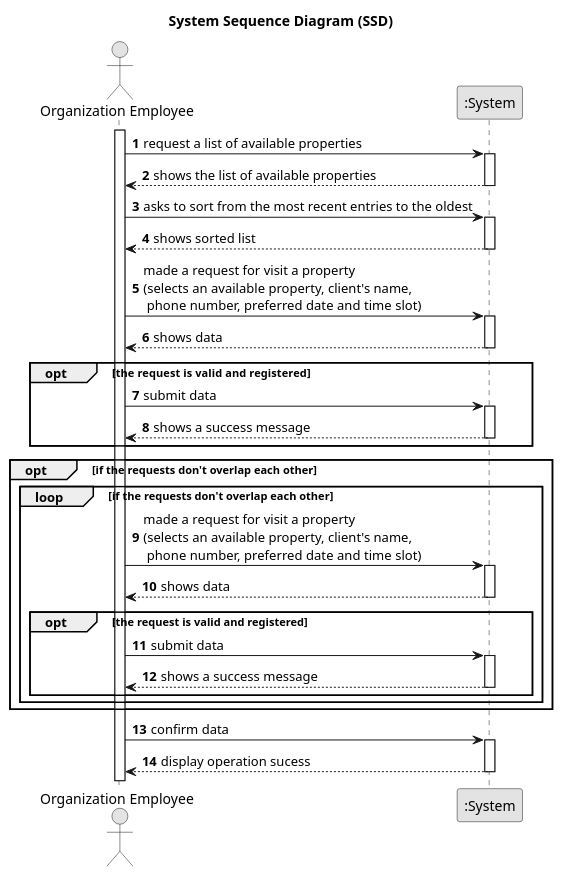
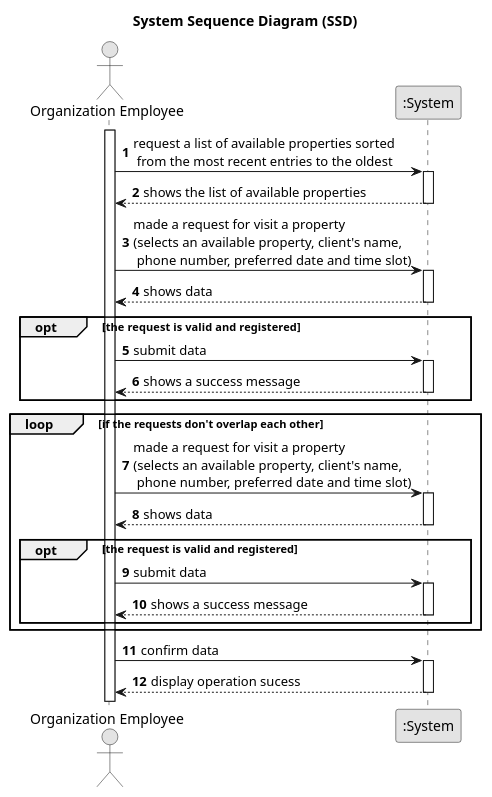
Before and after one commit to Rodrick0209/ISEP-LAPR2-22-23: the diagram in docs/Sprint-C/US009/01.requirements-engineering/puml/us009-system-sequence-diagram-alternative-one.puml, drawn with PlantUML. The commit also changed 9 other files, not shown here.

```diff
--- a/docs/Sprint-C/US009/01.requirements-engineering/puml/us009-system-sequence-diagram-alternative-one.puml
+++ b/docs/Sprint-C/US009/01.requirements-engineering/puml/us009-system-sequence-diagram-alternative-one.puml
@@ -1,74 +1,67 @@
 @startuml
 skinparam monochrome true
 skinparam packageStyle rectangle
 skinparam shadowing false
 
 title System Sequence Diagram (SSD)
 
 autonumber
 
 actor "Organization Employee" as Employee
 participant ":System" as System
 
 activate Employee
 
 
-    Employee -> System : request a list of available properties
+    Employee -> System : request a list of available properties sorted\n from the most recent entries to the oldest
     activate System
 
         System --> Employee : shows the list of available properties
     deactivate System
-
-    Employee -> System : asks to sort from the most recent entries to the oldest
-    activate System
-
-        System --> Employee : shows sorted list
-    deactivate System
-
 
     Employee -> System : made a request for visit a property \n(selects an available property, client's name,\n phone number, preferred date and time slot)
     activate System
 
         System --> Employee : shows data
     deactivate System
 
 opt the  request is valid and registered
 
      Employee -> System : submit data
         activate System
 
         System --> Employee : shows a success message
     deactivate System
 end
 
-opt if the requests don't overlap each other
+
 loop  if the requests don't overlap each other
     Employee -> System : made a request for visit a property \n(selects an available property, client's name,\n phone number, preferred date and time slot)
         activate System
 
 
             System --> Employee : shows data
         deactivate System
 
 opt  the request is valid and registered
 
      Employee -> System : submit data
         activate System
 
         System --> Employee : shows a success message
     deactivate System
 
-end
+
 end
 end
 
 Employee -> System : confirm data
 
      activate System
 
             System --> Employee : display operation sucess
      deactivate System
 
 
 
 @enduml
```
